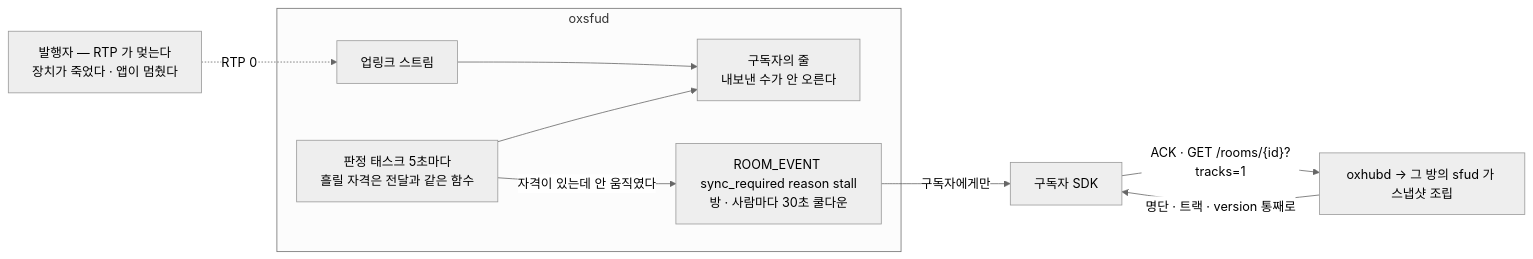
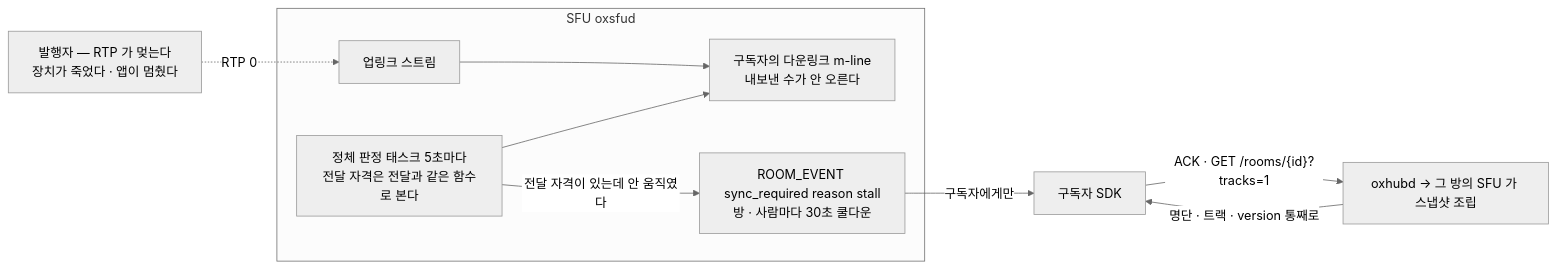
The first of 2 diagrams in docs/learn/11_STALL_RESYNC.md (kodeholic9/oxlens-sfu), drawn with Mermaid (neutral theme) before and after one commit. The commit also changed other lines of this file and 19 other files, not shown here.

````diff
--- a/docs/learn/11_STALL_RESYNC.md
+++ b/docs/learn/11_STALL_RESYNC.md
@@ -9,12 +9,12 @@
 ```mermaid
 flowchart LR
   A["발행자 — RTP 가 멎는다<br/>장치가 죽었다 · 앱이 멈췄다"] -. "RTP 0" .-> UP["업링크 스트림"]
-  subgraph SFU["oxsfud"]
-    UP --> ROW["구독자의 줄<br/>내보낸 수가 안 오른다"]
-    T["판정 태스크 5초마다<br/>흘릴 자격은 전달과 같은 함수"] --> ROW
-    T -- "자격이 있는데 안 움직였다" --> EV["ROOM_EVENT sync_required reason stall<br/>방 · 사람마다 30초 쿨다운"]
+  subgraph SFU["SFU oxsfud"]
+    UP --> ROW["구독자의 다운링크 m-line<br/>내보낸 수가 안 오른다"]
+    T["정체 판정 태스크 5초마다<br/>전달 자격은 전달과 같은 함수로 본다"] --> ROW
+    T -- "전달 자격이 있는데 안 움직였다" --> EV["ROOM_EVENT sync_required reason stall<br/>방 · 사람마다 30초 쿨다운"]
   end
   EV -- "구독자에게만" --> B["구독자 SDK"]
-  B -- "ACK · GET /rooms/{id}?tracks=1" --> H["oxhubd → 그 방의 sfud 가 스냅샷 조립"]
+  B -- "ACK · GET /rooms/{id}?tracks=1" --> H["oxhubd → 그 방의 SFU 가 스냅샷 조립"]
   H -- "명단 · 트랙 · version 통째로" --> B
 ```
````
